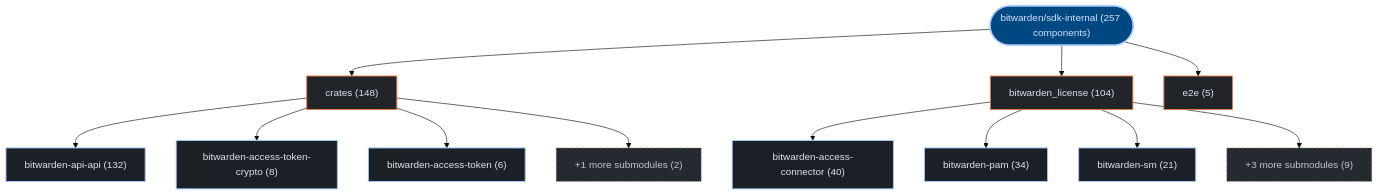
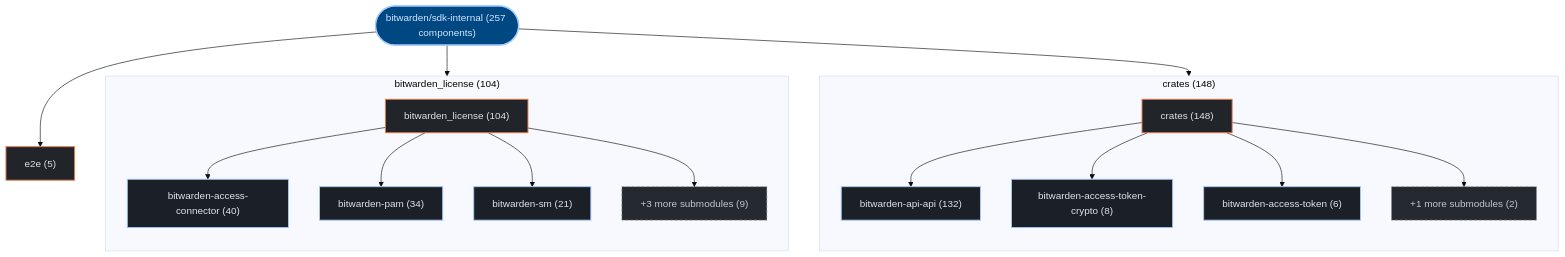
The first of 3 diagrams in exports/latest/reports/bitwarden-sdk-internal-report.md (kumarshaz/atruss-code-atlas), drawn with Mermaid (base theme) before and after one commit. The commit also changed 178 other files, not shown here.

Commit message:
feat(ui,mermaid): upgrade to mermaid v12 + ELK layout, add orgs-summary + pagination, subgraph building blocks, fix tab alignment

````diff
--- a/exports/latest/reports/bitwarden-sdk-internal-report.md
+++ b/exports/latest/reports/bitwarden-sdk-internal-report.md
@@ -42,33 +42,39 @@
 ```mermaid
 graph TD;
   classDef atlasRoot fill:#004882,stroke:#a3c9ff,stroke-width:2px,color:#d3e4ff
   classDef atlasCategory fill:#212428,stroke:#E87A48,stroke-width:1.5px,color:#dfe3eb
   classDef atlasWorkflow fill:#1b2026,stroke:#a3c9ff,stroke-width:1.5px,color:#dfe3eb
   classDef atlasJob fill:#171c22,stroke:#8d9199,stroke-width:1px,color:#dfe3eb
   classDef atlasTarget fill:#005227,stroke:#8bd99b,stroke-width:1.5px,color:#a7f6b6
   classDef atlasAlert fill:#93000a,stroke:#ffb4ab,stroke-width:1.5px,color:#ffdad6
   classDef atlasMore fill:#252a31,stroke:#8d9199,stroke-dasharray:4 4,color:#c3c6cf
     repo_root(["bitwarden/sdk-internal (257 components)"]):::atlasRoot
-    dir_0_crates["crates (148)"]:::atlasCategory
+    subgraph sg_dir_0_crates["crates (148)"]
+      direction TB
+      dir_0_crates["crates (148)"]:::atlasCategory
+      sub_0_0_bitwarden_api_api["bitwarden-api-api (132)"]:::atlasWorkflow
+      dir_0_crates --> sub_0_0_bitwarden_api_api
+      sub_0_1_bitwarden_access_token_crypto["bitwarden-access-token-crypto (8)"]:::atlasWorkflow
+      dir_0_crates --> sub_0_1_bitwarden_access_token_crypto
+      sub_0_2_bitwarden_access_token["bitwarden-access-token (6)"]:::atlasWorkflow
+      dir_0_crates --> sub_0_2_bitwarden_access_token
+      sub_0_more["+1 more submodules (2)"]:::atlasMore
+      dir_0_crates --> sub_0_more
+    end
     repo_root --> dir_0_crates
-    sub_0_0_bitwarden_api_api["bitwarden-api-api (132)"]:::atlasWorkflow
-    dir_0_crates --> sub_0_0_bitwarden_api_api
-    sub_0_1_bitwarden_access_token_crypto["bitwarden-access-token-crypto (8)"]:::atlasWorkflow
-    dir_0_crates --> sub_0_1_bitwarden_access_token_crypto
-    sub_0_2_bitwarden_access_token["bitwarden-access-token (6)"]:::atlasWorkflow
-    dir_0_crates --> sub_0_2_bitwarden_access_token
-    sub_0_more["+1 more submodules (2)"]:::atlasMore
-    dir_0_crates --> sub_0_more
-    dir_1_bitwarden_license["bitwarden_license (104)"]:::atlasCategory
+    subgraph sg_dir_1_bitwarden_license["bitwarden_license (104)"]
+      direction TB
+      dir_1_bitwarden_license["bitwarden_license (104)"]:::atlasCategory
+      sub_1_0_bitwarden_access_connector["bitwarden-access-connector (40)"]:::atlasWorkflow
+      dir_1_bitwarden_license --> sub_1_0_bitwarden_access_connector
+      sub_1_1_bitwarden_pam["bitwarden-pam (34)"]:::atlasWorkflow
+      dir_1_bitwarden_license --> sub_1_1_bitwarden_pam
+      sub_1_2_bitwarden_sm["bitwarden-sm (21)"]:::atlasWorkflow
+      dir_1_bitwarden_license --> sub_1_2_bitwarden_sm
+      sub_1_more["+3 more submodules (9)"]:::atlasMore
+      dir_1_bitwarden_license --> sub_1_more
+    end
     repo_root --> dir_1_bitwarden_license
-    sub_1_0_bitwarden_access_connector["bitwarden-access-connector (40)"]:::atlasWorkflow
-    dir_1_bitwarden_license --> sub_1_0_bitwarden_access_connector
-    sub_1_1_bitwarden_pam["bitwarden-pam (34)"]:::atlasWorkflow
-    dir_1_bitwarden_license --> sub_1_1_bitwarden_pam
-    sub_1_2_bitwarden_sm["bitwarden-sm (21)"]:::atlasWorkflow
-    dir_1_bitwarden_license --> sub_1_2_bitwarden_sm
-    sub_1_more["+3 more submodules (9)"]:::atlasMore
-    dir_1_bitwarden_license --> sub_1_more
     dir_2_e2e["e2e (5)"]:::atlasCategory
     repo_root --> dir_2_e2e
 ```
````
